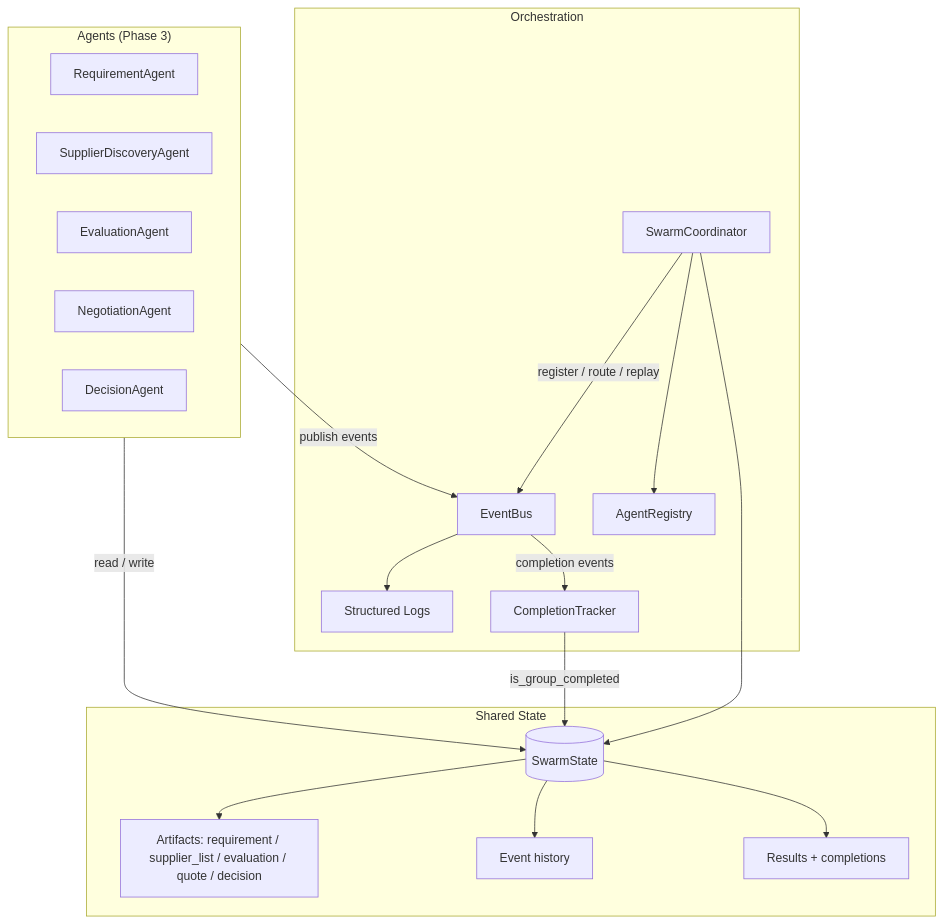
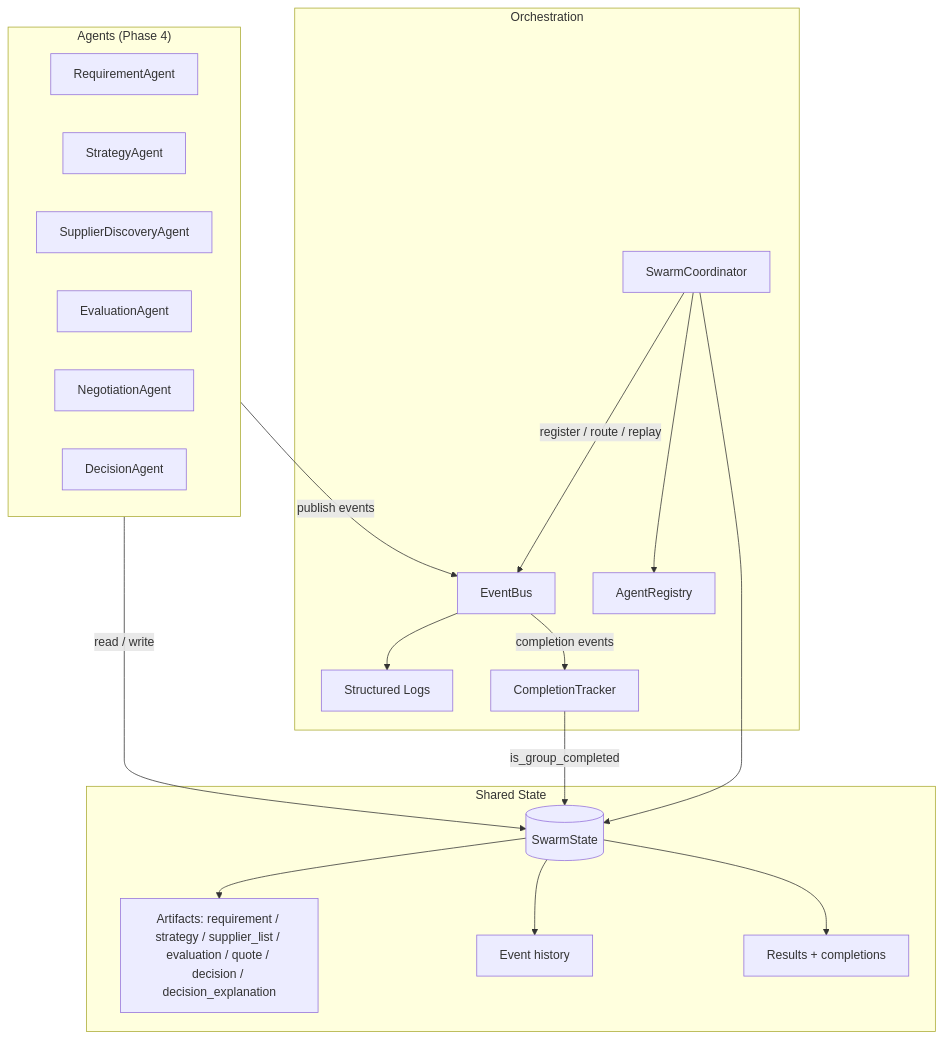
One commit to aragit/autonomous-procurement-swarm changed the first of 2 diagrams in docs/swarm-architecture.md. Above: the diagram before and after it, drawn with Mermaid. The commit also changed other lines of this file and 17 other files, not shown here.

First line of the commit message:
feat: Phase 4 — deterministic execution strategies and auditable decision explanations

````diff
--- a/docs/swarm-architecture.md
+++ b/docs/swarm-architecture.md
@@ -15,37 +17,38 @@
 ```mermaid
 flowchart TB
-    subgraph Agents["Agents (Phase 3)"]
+    subgraph Agents["Agents (Phase 4)"]
         RA[RequirementAgent]
-        SA[SupplierDiscoveryAgent]
+        SA[StrategyAgent]
+        SDA[SupplierDiscoveryAgent]
         EA[EvaluationAgent]
         NA[NegotiationAgent]
         DA[DecisionAgent]
     end
 
     subgraph Orchestration["Orchestration"]
         C[SwarmCoordinator]
         B[EventBus]
         R[AgentRegistry]
         L[Structured Logs]
         CT[CompletionTracker]
     end
 
     subgraph State["Shared State"]
         A[(SwarmState)]
-        AR[Artifacts: requirement / supplier_list / evaluation / quote / decision]
+        AR[Artifacts: requirement / strategy / supplier_list / evaluation / quote / decision / decision_explanation]
         EV[Event history]
         RS[Results + completions]
     end
 
     C -->|register / route / replay| B
     C --> R
     C --> A
     B --> L
     Agents -->|publish events| B
     Agents -->|read / write| A
     A --> AR
     A --> EV
     A --> RS
     B -->|completion events| CT
     CT -->|is_group_completed| A
 ```
````
